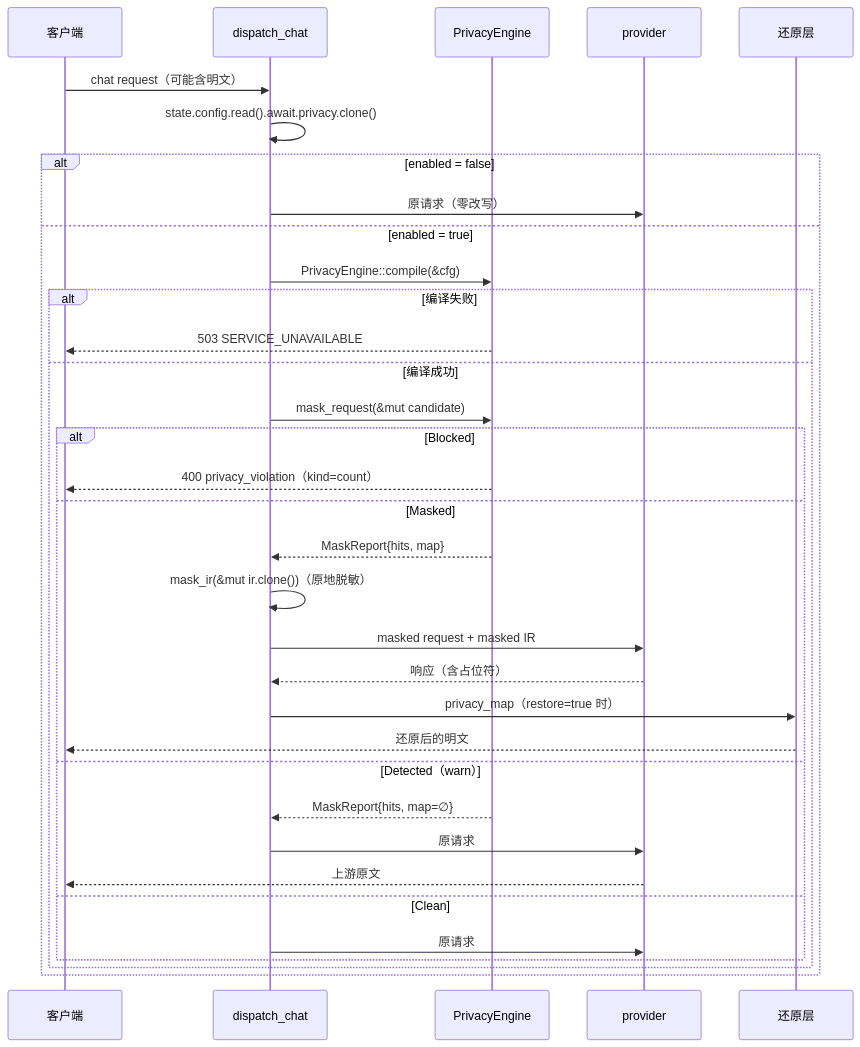
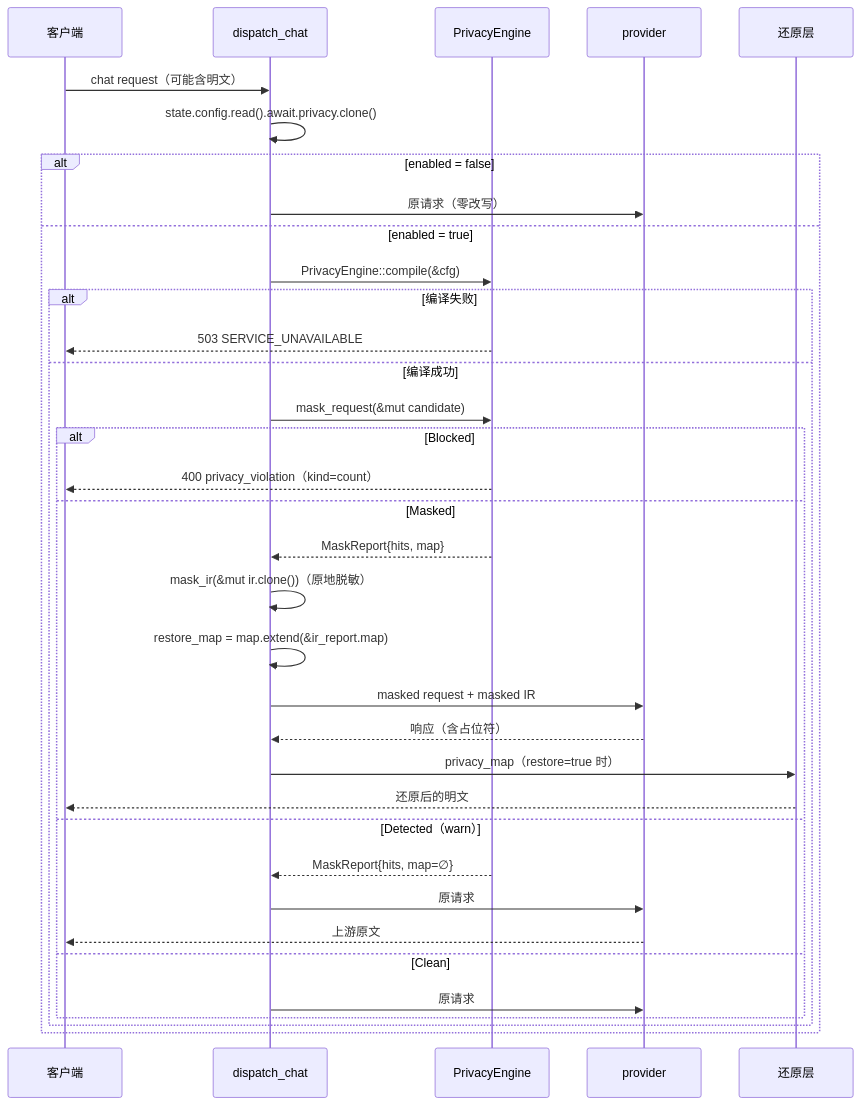
One commit to rainbowatcher/sag changed the first of 3 diagrams in docs/spec/privacy/spec.md. Above: the diagram before and after it, drawn with Mermaid. The commit also changed other lines of this file and 10 other files, not shown here.

````diff
--- a/docs/spec/privacy/spec.md
+++ b/docs/spec/privacy/spec.md
@@ -37,37 +37,38 @@
 ```mermaid
 sequenceDiagram
     participant C as 客户端
     participant G as dispatch_chat
     participant E as PrivacyEngine
     participant P as provider
     participant R as 还原层
 
     C->>G: chat request（可能含明文）
     G->>G: state.config.read().await.privacy.clone()
     alt enabled = false
         G->>P: 原请求（零改写）
     else enabled = true
         G->>E: PrivacyEngine::compile(&cfg)
         alt 编译失败
             E-->>C: 503 SERVICE_UNAVAILABLE
         else 编译成功
             G->>E: mask_request(&mut candidate)
             alt Blocked
                 E-->>C: 400 privacy_violation（kind=count）
             else Masked
                 E-->>G: MaskReport{hits, map}
                 G->>G: mask_ir(&mut ir.clone())（原地脱敏）
+                G->>G: restore_map = map.extend(&ir_report.map)
                 G->>P: masked request + masked IR
                 P-->>G: 响应（含占位符）
                 G->>R: privacy_map（restore=true 时）
                 R-->>C: 还原后的明文
             else Detected（warn）
                 E-->>G: MaskReport{hits, map=∅}
                 G->>P: 原请求
                 P-->>C: 上游原文
             else Clean
                 G->>P: 原请求
             end
         end
     end
 ```
````
